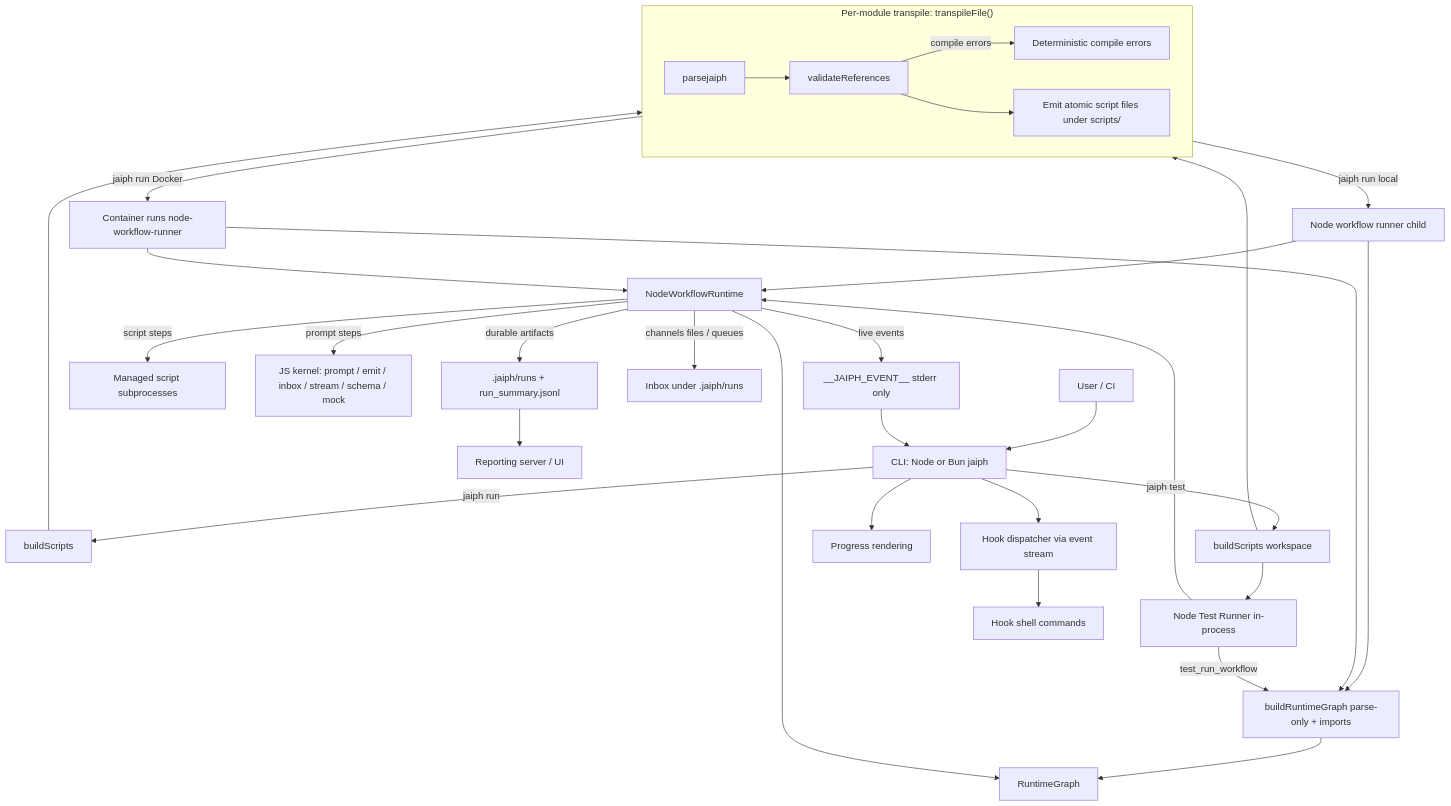
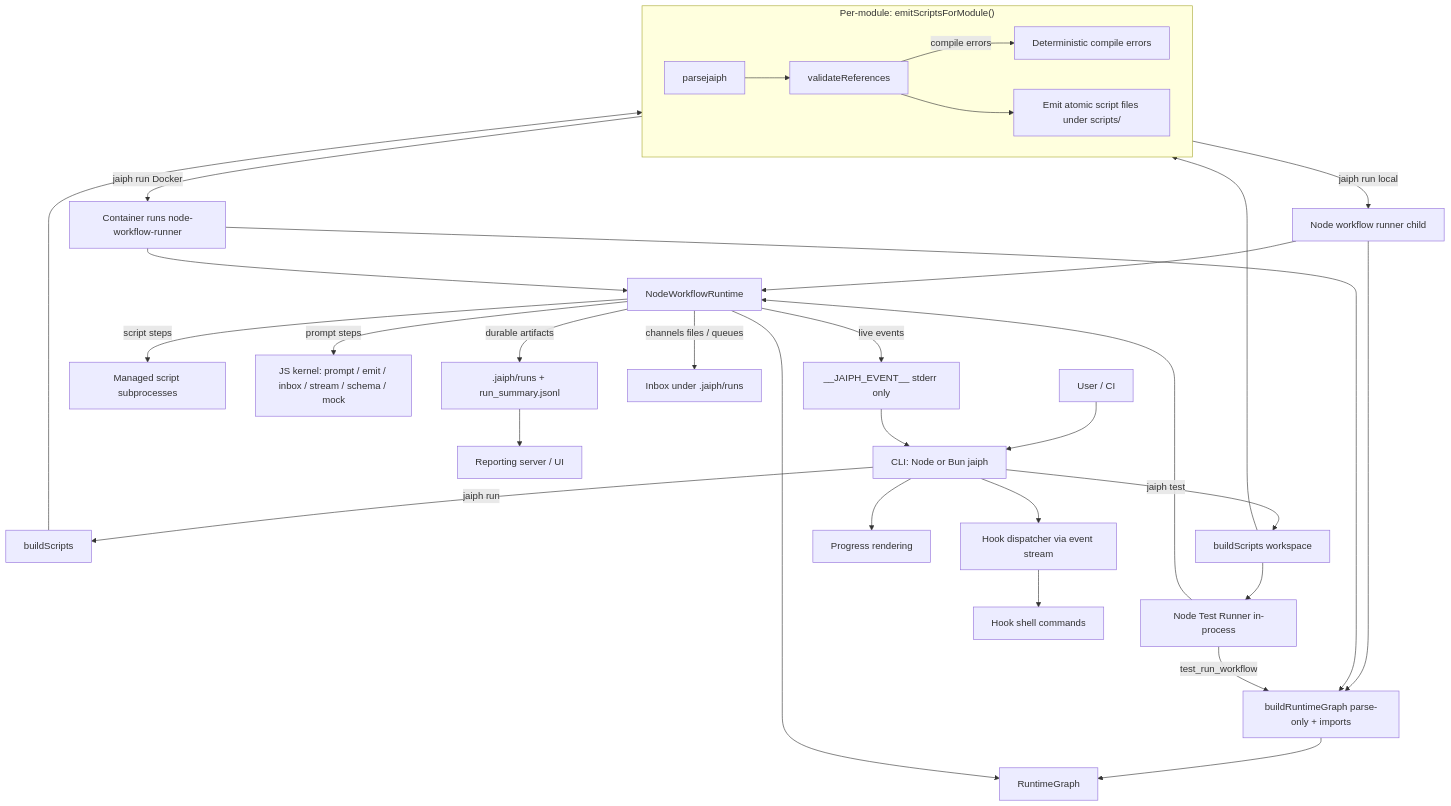
One commit to jaiphlang/jaiph changed the first of 3 diagrams in ARCHITECTURE.md. Above: the diagram before and after it, drawn with Mermaid. The commit also changed other lines of this file and 37 other files, not shown here.

````diff
--- a/ARCHITECTURE.md
+++ b/ARCHITECTURE.md
@@ -95,48 +94,48 @@
 ```mermaid
 flowchart TD
     U[User / CI] --> CLI[CLI: Node or Bun jaiph]
 
-    subgraph Transpile["Per-module transpile: transpileFile()"]
+    subgraph Transpile["Per-module: emitScriptsForModule()"]
         PARSE[parsejaiph]
         VAL[validateReferences]
         EMIT[Emit atomic script files under scripts/]
         PARSE --> VAL
         VAL -->|compile errors| ERR[Deterministic compile errors]
         VAL --> EMIT
     end
 
     CLI -->|jaiph run| BS1[buildScripts]
     BS1 --> Transpile
 
     CLI -->|jaiph test| BS2[buildScripts workspace]
     BS2 --> Transpile
     BS2 --> TR[Node Test Runner in-process]
 
     Transpile -->|jaiph run local| RW[Node workflow runner child]
     Transpile -->|jaiph run Docker| DC[Container runs node-workflow-runner]
 
     RW --> G[buildRuntimeGraph parse-only + imports]
     G --> GRAPH[RuntimeGraph]
     RW --> RT[NodeWorkflowRuntime]
     RT --> GRAPH
 
     DC --> G
     DC --> RT
 
     TR -->|test_run_workflow| G
     TR --> RT
 
     RT -->|script steps| SCRIPT[Managed script subprocesses]
     RT -->|prompt steps| KERNEL[JS kernel: prompt / emit / inbox / stream / schema / mock]
 
     RT -->|live events| EV["__JAIPH_EVENT__ stderr only"]
     EV --> CLI
     CLI --> PR[Progress rendering]
 
     RT -->|channels files / queues| INBOX[Inbox under .jaiph/runs]
     RT -->|durable artifacts| SUM[.jaiph/runs + run_summary.jsonl]
     SUM --> REP[Reporting server / UI]
 
     CLI --> HK[Hook dispatcher via event stream]
     HK --> HPROC[Hook shell commands]
 ```
````
